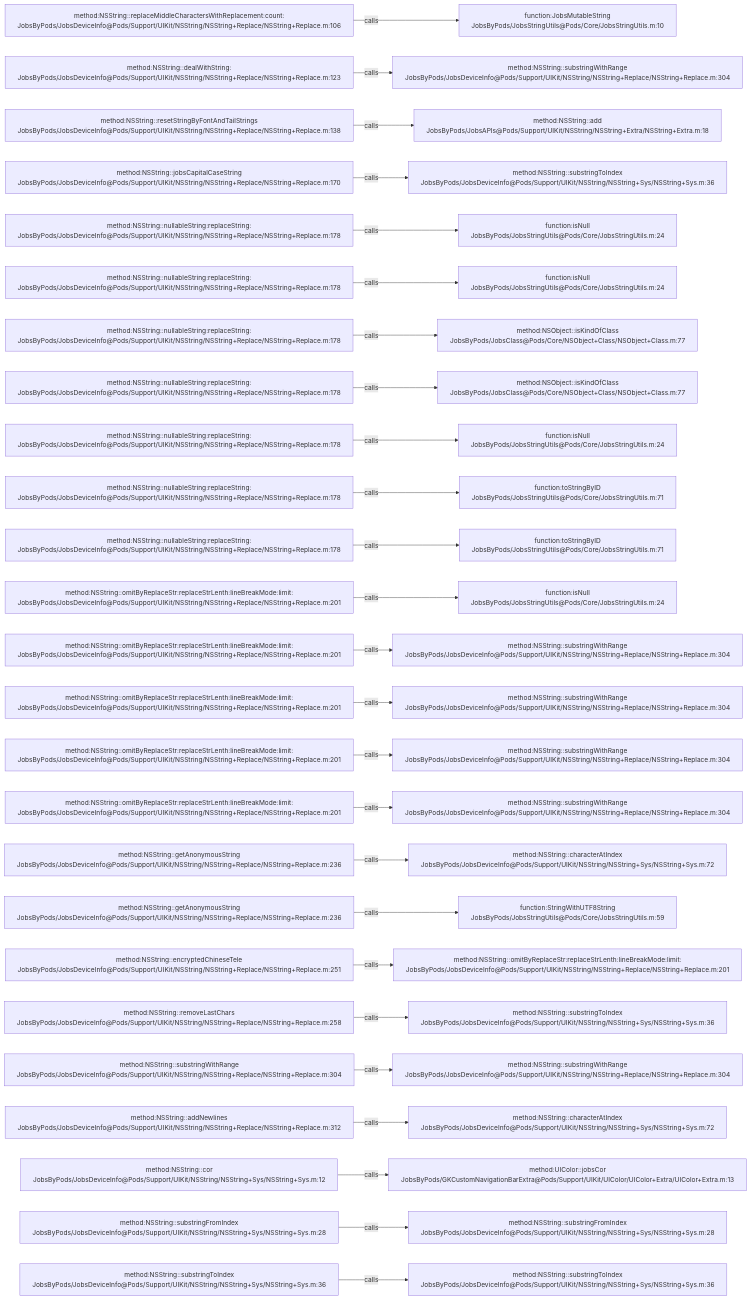
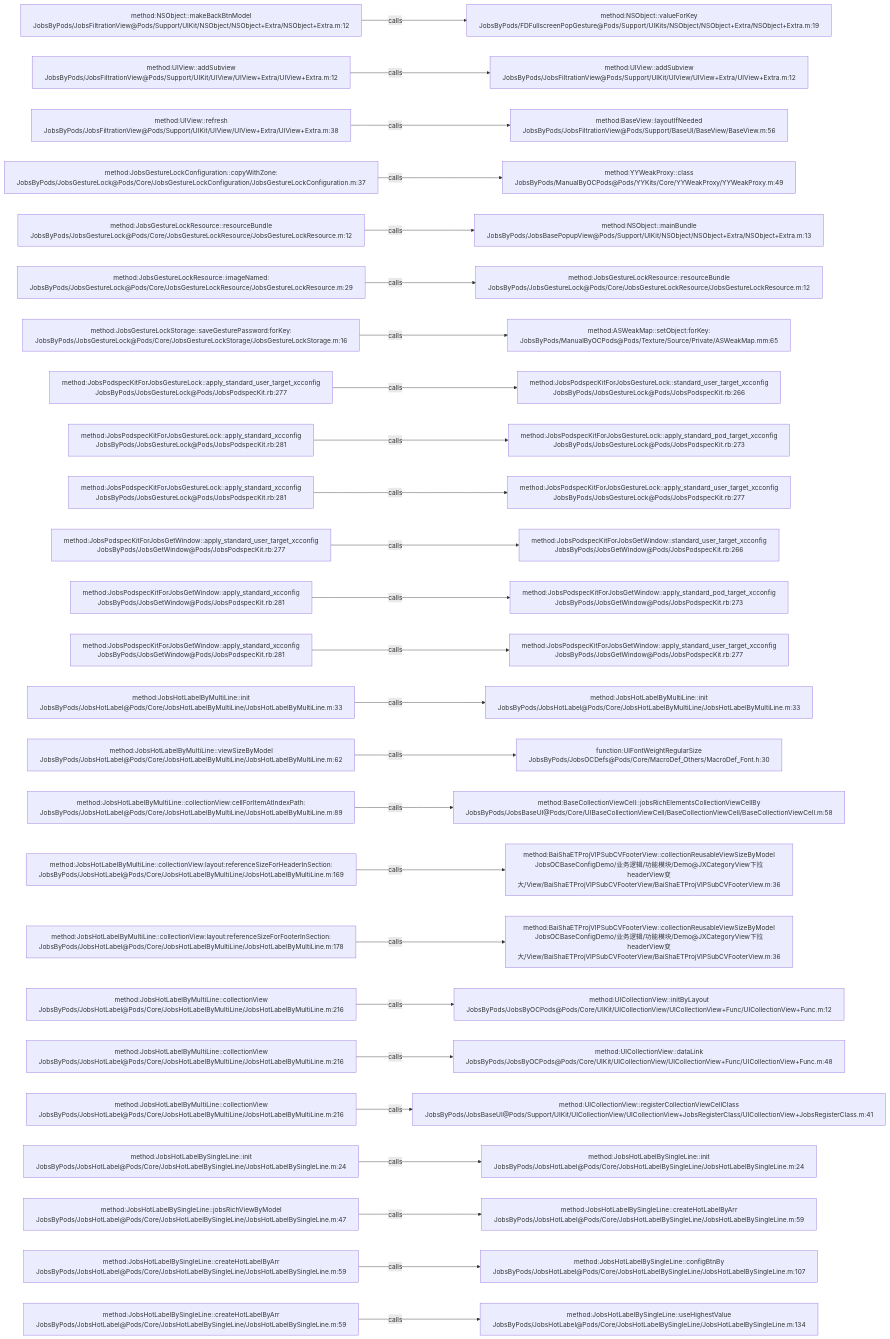
The diagram in .codegraph/codegraph.md/graphs/calls-095.md (JobsKits/JobsOCBaseConfigDemo), drawn with Mermaid before and after one commit. The commit also changed 639 other files, not shown here.

````diff
--- a/.codegraph/codegraph.md/graphs/calls-095.md
+++ b/.codegraph/codegraph.md/graphs/calls-095.md
@@ -13,78 +13,78 @@
 ```mermaid
 flowchart LR
-  S1["method:NSString::replaceMiddleCharactersWithReplacement:count:<br/>JobsByPods/JobsDeviceInfo@Pods/Support/UIKit/NSString/NSString+Replace/NSString+Replace.m:106"]
-  T1["function:JobsMutableString<br/>JobsByPods/JobsStringUtils@Pods/Core/JobsStringUtils.m:10"]
+  S1["method:NSObject::makeBackBtnModel<br/>JobsByPods/JobsFiltrationView@Pods/Support/UIKit/NSObject/NSObject+Extra/NSObject+Extra.m:12"]
+  T1["method:NSObject::valueForKey<br/>JobsByPods/FDFullscreenPopGesture@Pods/Support/UIKits/NSObject/NSObject+Extra/NSObject+Extra.m:19"]
   S1 -->|calls| T1
-  S2["method:NSString::dealWithString:<br/>JobsByPods/JobsDeviceInfo@Pods/Support/UIKit/NSString/NSString+Replace/NSString+Replace.m:123"]
-  T2["method:NSString::substringWithRange<br/>JobsByPods/JobsDeviceInfo@Pods/Support/UIKit/NSString/NSString+Replace/NSString+Replace.m:304"]
+  S2["method:UIView::addSubview<br/>JobsByPods/JobsFiltrationView@Pods/Support/UIKit/UIView/UIView+Extra/UIView+Extra.m:12"]
+  T2["method:UIView::addSubview<br/>JobsByPods/JobsFiltrationView@Pods/Support/UIKit/UIView/UIView+Extra/UIView+Extra.m:12"]
   S2 -->|calls| T2
-  S3["method:NSString::resetStringByFontAndTailStrings<br/>JobsByPods/JobsDeviceInfo@Pods/Support/UIKit/NSString/NSString+Replace/NSString+Replace.m:138"]
-  T3["method:NSString::add<br/>JobsByPods/JobsAPIs@Pods/Support/UIKit/NSString/NSString+Extra/NSString+Extra.m:18"]
+  S3["method:UIView::refresh<br/>JobsByPods/JobsFiltrationView@Pods/Support/UIKit/UIView/UIView+Extra/UIView+Extra.m:38"]
+  T3["method:BaseView::layoutIfNeeded<br/>JobsByPods/JobsFiltrationView@Pods/Support/BaseUI/BaseView/BaseView.m:56"]
   S3 -->|calls| T3
-  S4["method:NSString::jobsCapitalCaseString<br/>JobsByPods/JobsDeviceInfo@Pods/Support/UIKit/NSString/NSString+Replace/NSString+Replace.m:170"]
-  T4["method:NSString::substringToIndex<br/>JobsByPods/JobsDeviceInfo@Pods/Support/UIKit/NSString/NSString+Sys/NSString+Sys.m:36"]
+  S4["method:JobsGestureLockConfiguration::copyWithZone:<br/>JobsByPods/JobsGestureLock@Pods/Core/JobsGestureLockConfiguration/JobsGestureLockConfiguration.m:37"]
+  T4["method:YYWeakProxy::class<br/>JobsByPods/ManualByOCPods@Pods/YYKits/Core/YYWeakProxy/YYWeakProxy.m:49"]
   S4 -->|calls| T4
-  S5["method:NSString::nullableString:replaceString:<br/>JobsByPods/JobsDeviceInfo@Pods/Support/UIKit/NSString/NSString+Replace/NSString+Replace.m:178"]
-  T5["function:isNull<br/>JobsByPods/JobsStringUtils@Pods/Core/JobsStringUtils.m:24"]
+  S5["method:JobsGestureLockResource::resourceBundle<br/>JobsByPods/JobsGestureLock@Pods/Core/JobsGestureLockResource/JobsGestureLockResource.m:12"]
+  T5["method:NSObject::mainBundle<br/>JobsByPods/JobsBasePopupView@Pods/Support/UIKit/NSObject/NSObject+Extra/NSObject+Extra.m:13"]
   S5 -->|calls| T5
-  S6["method:NSString::nullableString:replaceString:<br/>JobsByPods/JobsDeviceInfo@Pods/Support/UIKit/NSString/NSString+Replace/NSString+Replace.m:178"]
-  T6["function:isNull<br/>JobsByPods/JobsStringUtils@Pods/Core/JobsStringUtils.m:24"]
+  S6["method:JobsGestureLockResource::imageNamed:<br/>JobsByPods/JobsGestureLock@Pods/Core/JobsGestureLockResource/JobsGestureLockResource.m:29"]
+  T6["method:JobsGestureLockResource::resourceBundle<br/>JobsByPods/JobsGestureLock@Pods/Core/JobsGestureLockResource/JobsGestureLockResource.m:12"]
   S6 -->|calls| T6
-  S7["method:NSString::nullableString:replaceString:<br/>JobsByPods/JobsDeviceInfo@Pods/Support/UIKit/NSString/NSString+Replace/NSString+Replace.m:178"]
-  T7["method:NSObject::isKindOfClass<br/>JobsByPods/JobsClass@Pods/Core/NSObject+Class/NSObject+Class.m:77"]
+  S7["method:JobsGestureLockStorage::saveGesturePassword:forKey:<br/>JobsByPods/JobsGestureLock@Pods/Core/JobsGestureLockStorage/JobsGestureLockStorage.m:16"]
+  T7["method:ASWeakMap::setObject:forKey:<br/>JobsByPods/ManualByOCPods@Pods/Texture/Source/Private/ASWeakMap.mm:65"]
   S7 -->|calls| T7
-  S8["method:NSString::nullableString:replaceString:<br/>JobsByPods/JobsDeviceInfo@Pods/Support/UIKit/NSString/NSString+Replace/NSString+Replace.m:178"]
-  T8["method:NSObject::isKindOfClass<br/>JobsByPods/JobsClass@Pods/Core/NSObject+Class/NSObject+Class.m:77"]
+  S8["method:JobsPodspecKitForJobsGestureLock::apply_standard_user_target_xcconfig<br/>JobsByPods/JobsGestureLock@Pods/JobsPodspecKit.rb:277"]
+  T8["method:JobsPodspecKitForJobsGestureLock::standard_user_target_xcconfig<br/>JobsByPods/JobsGestureLock@Pods/JobsPodspecKit.rb:266"]
   S8 -->|calls| T8
-  S9["method:NSString::nullableString:replaceString:<br/>JobsByPods/JobsDeviceInfo@Pods/Support/UIKit/NSString/NSString+Replace/NSString+Replace.m:178"]
-  T9["function:isNull<br/>JobsByPods/JobsStringUtils@Pods/Core/JobsStringUtils.m:24"]
+  S9["method:JobsPodspecKitForJobsGestureLock::apply_standard_xcconfig<br/>JobsByPods/JobsGestureLock@Pods/JobsPodspecKit.rb:281"]
+  T9["method:JobsPodspecKitForJobsGestureLock::apply_standard_pod_target_xcconfig<br/>JobsByPods/JobsGestureLock@Pods/JobsPodspecKit.rb:273"]
   S9 -->|calls| T9
-  S10["method:NSString::nullableString:replaceString:<br/>JobsByPods/JobsDeviceInfo@Pods/Support/UIKit/NSString/NSString+Replace/NSString+Replace.m:178"]
-  T10["function:toStringByID<br/>JobsByPods/JobsStringUtils@Pods/Core/JobsStringUtils.m:71"]
+  S10["method:JobsPodspecKitForJobsGestureLock::apply_standard_xcconfig<br/>JobsByPods/JobsGestureLock@Pods/JobsPodspecKit.rb:281"]
+  T10["method:JobsPodspecKitForJobsGestureLock::apply_standard_user_target_xcconfig<br/>JobsByPods/JobsGestureLock@Pods/JobsPodspecKit.rb:277"]
   S10 -->|calls| T10
-  S11["method:NSString::nullableString:replaceString:<br/>JobsByPods/JobsDeviceInfo@Pods/Support/UIKit/NSString/NSString+Replace/NSString+Replace.m:178"]
-  T11["function:toStringByID<br/>JobsByPods/JobsStringUtils@Pods/Core/JobsStringUtils.m:71"]
+  S11["method:JobsPodspecKitForJobsGetWindow::apply_standard_user_target_xcconfig<br/>JobsByPods/JobsGetWindow@Pods/JobsPodspecKit.rb:277"]
+  T11["method:JobsPodspecKitForJobsGetWindow::standard_user_target_xcconfig<br/>JobsByPods/JobsGetWindow@Pods/JobsPodspecKit.rb:266"]
   S11 -->|calls| T11
-  S12["method:NSString::omitByReplaceStr:replaceStrLenth:lineBreakMode:limit:<br/>JobsByPods/JobsDeviceInfo@Pods/Support/UIKit/NSString/NSString+Replace/NSString+Replace.m:201"]
-  T12["function:isNull<br/>JobsByPods/JobsStringUtils@Pods/Core/JobsStringUtils.m:24"]
+  S12["method:JobsPodspecKitForJobsGetWindow::apply_standard_xcconfig<br/>JobsByPods/JobsGetWindow@Pods/JobsPodspecKit.rb:281"]
+  T12["method:JobsPodspecKitForJobsGetWindow::apply_standard_pod_target_xcconfig<br/>JobsByPods/JobsGetWindow@Pods/JobsPodspecKit.rb:273"]
   S12 -->|calls| T12
-  S13["method:NSString::omitByReplaceStr:replaceStrLenth:lineBreakMode:limit:<br/>JobsByPods/JobsDeviceInfo@Pods/Support/UIKit/NSString/NSString+Replace/NSString+Replace.m:201"]
-  T13["method:NSString::substringWithRange<br/>JobsByPods/JobsDeviceInfo@Pods/Support/UIKit/NSString/NSString+Replace/NSString+Replace.m:304"]
+  S13["method:JobsPodspecKitForJobsGetWindow::apply_standard_xcconfig<br/>JobsByPods/JobsGetWindow@Pods/JobsPodspecKit.rb:281"]
+  T13["method:JobsPodspecKitForJobsGetWindow::apply_standard_user_target_xcconfig<br/>JobsByPods/JobsGetWindow@Pods/JobsPodspecKit.rb:277"]
   S13 -->|calls| T13
-  S14["method:NSString::omitByReplaceStr:replaceStrLenth:lineBreakMode:limit:<br/>JobsByPods/JobsDeviceInfo@Pods/Support/UIKit/NSString/NSString+Replace/NSString+Replace.m:201"]
-  T14["method:NSString::substringWithRange<br/>JobsByPods/JobsDeviceInfo@Pods/Support/UIKit/NSString/NSString+Replace/NSString+Replace.m:304"]
+  S14["method:JobsHotLabelByMultiLine::init<br/>JobsByPods/JobsHotLabel@Pods/Core/JobsHotLabelByMultiLine/JobsHotLabelByMultiLine.m:33"]
+  T14["method:JobsHotLabelByMultiLine::init<br/>JobsByPods/JobsHotLabel@Pods/Core/JobsHotLabelByMultiLine/JobsHotLabelByMultiLine.m:33"]
   S14 -->|calls| T14
-  S15["method:NSString::omitByReplaceStr:replaceStrLenth:lineBreakMode:limit:<br/>JobsByPods/JobsDeviceInfo@Pods/Support/UIKit/NSString/NSString+Replace/NSString+Replace.m:201"]
-  T15["method:NSString::substringWithRange<br/>JobsByPods/JobsDeviceInfo@Pods/Support/UIKit/NSString/NSString+Replace/NSString+Replace.m:304"]
+  S15["method:JobsHotLabelByMultiLine::viewSizeByModel<br/>JobsByPods/JobsHotLabel@Pods/Core/JobsHotLabelByMultiLine/JobsHotLabelByMultiLine.m:62"]
+  T15["function:UIFontWeightRegularSize<br/>JobsByPods/JobsOCDefs@Pods/Core/MacroDef_Others/MacroDef_Font.h:30"]
   S15 -->|calls| T15
-  S16["method:NSString::omitByReplaceStr:replaceStrLenth:lineBreakMode:limit:<br/>JobsByPods/JobsDeviceInfo@Pods/Support/UIKit/NSString/NSString+Replace/NSString+Replace.m:201"]
-  T16["method:NSString::substringWithRange<br/>JobsByPods/JobsDeviceInfo@Pods/Support/UIKit/NSString/NSString+Replace/NSString+Replace.m:304"]
+  S16["method:JobsHotLabelByMultiLine::collectionView:cellForItemAtIndexPath:<br/>JobsByPods/JobsHotLabel@Pods/Core/JobsHotLabelByMultiLine/JobsHotLabelByMultiLine.m:89"]
+  T16["method:BaseCollectionViewCell::jobsRichElementsCollectionViewCellBy<br/>JobsByPods/JobsBaseUI@Pods/Core/UIBaseCollectionViewCell/BaseCollectionViewCell/BaseCollectionViewCell.m:58"]
   S16 -->|calls| T16
-  S17["method:NSString::getAnonymousString<br/>JobsByPods/JobsDeviceInfo@Pods/Support/UIKit/NSString/NSString+Replace/NSString+Replace.m:236"]
-  T17["method:NSString::characterAtIndex<br/>JobsByPods/JobsDeviceInfo@Pods/Support/UIKit/NSString/NSString+Sys/NSString+Sys.m:72"]
+  S17["method:JobsHotLabelByMultiLine::collectionView:layout:referenceSizeForHeaderInSection:<br/>JobsByPods/JobsHotLabel@Pods/Core/JobsHotLabelByMultiLine/JobsHotLabelByMultiLine.m:169"]
+  T17["method:BaiShaETProjVIPSubCVFooterView::collectionReusableViewSizeByModel<br/>JobsOCBaseConfigDemo/业务逻辑/功能模块/Demo@JXCategoryView下拉headerView变大/View/BaiShaETProjVIPSubCVFooterView/BaiShaETProjVIPSubCVFooterView.m:36"]
   S17 -->|calls| T17
-  S18["method:NSString::getAnonymousString<br/>JobsByPods/JobsDeviceInfo@Pods/Support/UIKit/NSString/NSString+Replace/NSString+Replace.m:236"]
-  T18["function:StringWithUTF8String<br/>JobsByPods/JobsStringUtils@Pods/Core/JobsStringUtils.m:59"]
+  S18["method:JobsHotLabelByMultiLine::collectionView:layout:referenceSizeForFooterInSection:<br/>JobsByPods/JobsHotLabel@Pods/Core/JobsHotLabelByMultiLine/JobsHotLabelByMultiLine.m:178"]
+  T18["method:BaiShaETProjVIPSubCVFooterView::collectionReusableViewSizeByModel<br/>JobsOCBaseConfigDemo/业务逻辑/功能模块/Demo@JXCategoryView下拉headerView变大/View/BaiShaETProjVIPSubCVFooterView/BaiShaETProjVIPSubCVFooterView.m:36"]
   S18 -->|calls| T18
-  S19["method:NSString::encryptedChineseTele<br/>JobsByPods/JobsDeviceInfo@Pods/Support/UIKit/NSString/NSString+Replace/NSString+Replace.m:251"]
-  T19["method:NSString::omitByReplaceStr:replaceStrLenth:lineBreakMode:limit:<br/>JobsByPods/JobsDeviceInfo@Pods/Support/UIKit/NSString/NSString+Replace/NSString+Replace.m:201"]
+  S19["method:JobsHotLabelByMultiLine::collectionView<br/>JobsByPods/JobsHotLabel@Pods/Core/JobsHotLabelByMultiLine/JobsHotLabelByMultiLine.m:216"]
+  T19["method:UICollectionView::initByLayout<br/>JobsByPods/JobsByOCPods@Pods/Core/UIKit/UICollectionView/UICollectionView+Func/UICollectionView+Func.m:12"]
   S19 -->|calls| T19
-  S20["method:NSString::removeLastChars<br/>JobsByPods/JobsDeviceInfo@Pods/Support/UIKit/NSString/NSString+Replace/NSString+Replace.m:258"]
-  T20["method:NSString::substringToIndex<br/>JobsByPods/JobsDeviceInfo@Pods/Support/UIKit/NSString/NSString+Sys/NSString+Sys.m:36"]
+  S20["method:JobsHotLabelByMultiLine::collectionView<br/>JobsByPods/JobsHotLabel@Pods/Core/JobsHotLabelByMultiLine/JobsHotLabelByMultiLine.m:216"]
+  T20["method:UICollectionView::dataLink<br/>JobsByPods/JobsByOCPods@Pods/Core/UIKit/UICollectionView/UICollectionView+Func/UICollectionView+Func.m:48"]
   S20 -->|calls| T20
-  S21["method:NSString::substringWithRange<br/>JobsByPods/JobsDeviceInfo@Pods/Support/UIKit/NSString/NSString+Replace/NSString+Replace.m:304"]
-  T21["method:NSString::substringWithRange<br/>JobsByPods/JobsDeviceInfo@Pods/Support/UIKit/NSString/NSString+Replace/NSString+Replace.m:304"]
+  S21["method:JobsHotLabelByMultiLine::collectionView<br/>JobsByPods/JobsHotLabel@Pods/Core/JobsHotLabelByMultiLine/JobsHotLabelByMultiLine.m:216"]
+  T21["method:UICollectionView::registerCollectionViewCellClass<br/>JobsByPods/JobsBaseUI@Pods/Support/UIKit/UICollectionView/UICollectionView+JobsRegisterClass/UICollectionView+JobsRegisterClass.m:41"]
   S21 -->|calls| T21
-  S22["method:NSString::addNewlines<br/>JobsByPods/JobsDeviceInfo@Pods/Support/UIKit/NSString/NSString+Replace/NSString+Replace.m:312"]
-  T22["method:NSString::characterAtIndex<br/>JobsByPods/JobsDeviceInfo@Pods/Support/UIKit/NSString/NSString+Sys/NSString+Sys.m:72"]
+  S22["method:JobsHotLabelBySingleLine::init<br/>JobsByPods/JobsHotLabel@Pods/Core/JobsHotLabelBySingleLine/JobsHotLabelBySingleLine.m:24"]
+  T22["method:JobsHotLabelBySingleLine::init<br/>JobsByPods/JobsHotLabel@Pods/Core/JobsHotLabelBySingleLine/JobsHotLabelBySingleLine.m:24"]
   S22 -->|calls| T22
-  S23["method:NSString::cor<br/>JobsByPods/JobsDeviceInfo@Pods/Support/UIKit/NSString/NSString+Sys/NSString+Sys.m:12"]
-  T23["method:UIColor::jobsCor<br/>JobsByPods/GKCustomNavigationBarExtra@Pods/Support/UIKit/UIColor/UIColor+Extra/UIColor+Extra.m:13"]
+  S23["method:JobsHotLabelBySingleLine::jobsRichViewByModel<br/>JobsByPods/JobsHotLabel@Pods/Core/JobsHotLabelBySingleLine/JobsHotLabelBySingleLine.m:47"]
+  T23["method:JobsHotLabelBySingleLine::createHotLabelByArr<br/>JobsByPods/JobsHotLabel@Pods/Core/JobsHotLabelBySingleLine/JobsHotLabelBySingleLine.m:59"]
   S23 -->|calls| T23
-  S24["method:NSString::substringFromIndex<br/>JobsByPods/JobsDeviceInfo@Pods/Support/UIKit/NSString/NSString+Sys/NSString+Sys.m:28"]
-  T24["method:NSString::substringFromIndex<br/>JobsByPods/JobsDeviceInfo@Pods/Support/UIKit/NSString/NSString+Sys/NSString+Sys.m:28"]
+  S24["method:JobsHotLabelBySingleLine::createHotLabelByArr<br/>JobsByPods/JobsHotLabel@Pods/Core/JobsHotLabelBySingleLine/JobsHotLabelBySingleLine.m:59"]
+  T24["method:JobsHotLabelBySingleLine::configBtnBy<br/>JobsByPods/JobsHotLabel@Pods/Core/JobsHotLabelBySingleLine/JobsHotLabelBySingleLine.m:107"]
   S24 -->|calls| T24
-  S25["method:NSString::substringToIndex<br/>JobsByPods/JobsDeviceInfo@Pods/Support/UIKit/NSString/NSString+Sys/NSString+Sys.m:36"]
-  T25["method:NSString::substringToIndex<br/>JobsByPods/JobsDeviceInfo@Pods/Support/UIKit/NSString/NSString+Sys/NSString+Sys.m:36"]
+  S25["method:JobsHotLabelBySingleLine::createHotLabelByArr<br/>JobsByPods/JobsHotLabel@Pods/Core/JobsHotLabelBySingleLine/JobsHotLabelBySingleLine.m:59"]
+  T25["method:JobsHotLabelBySingleLine::useHighestValue<br/>JobsByPods/JobsHotLabel@Pods/Core/JobsHotLabelBySingleLine/JobsHotLabelBySingleLine.m:134"]
   S25 -->|calls| T25
 ```
````
